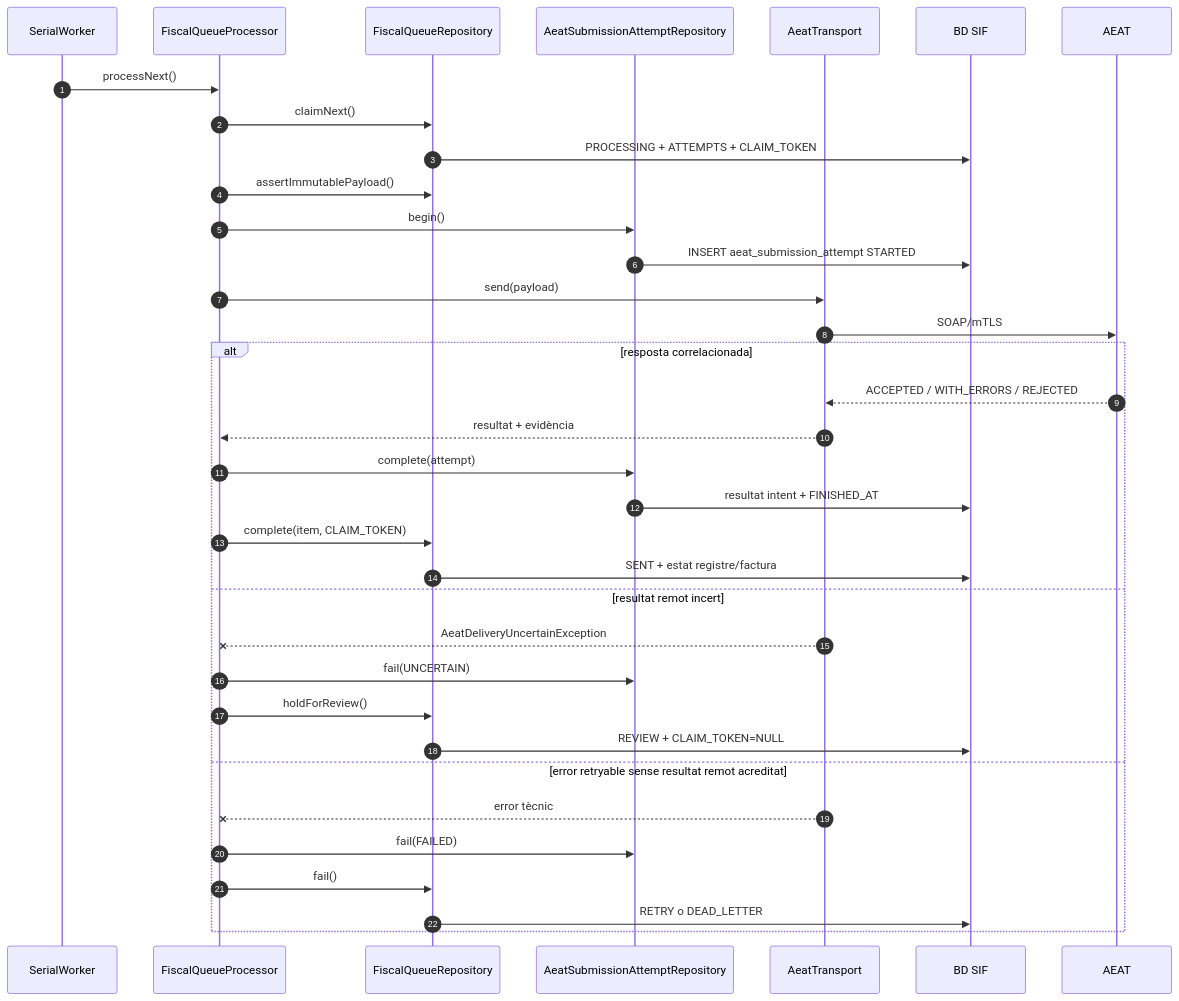
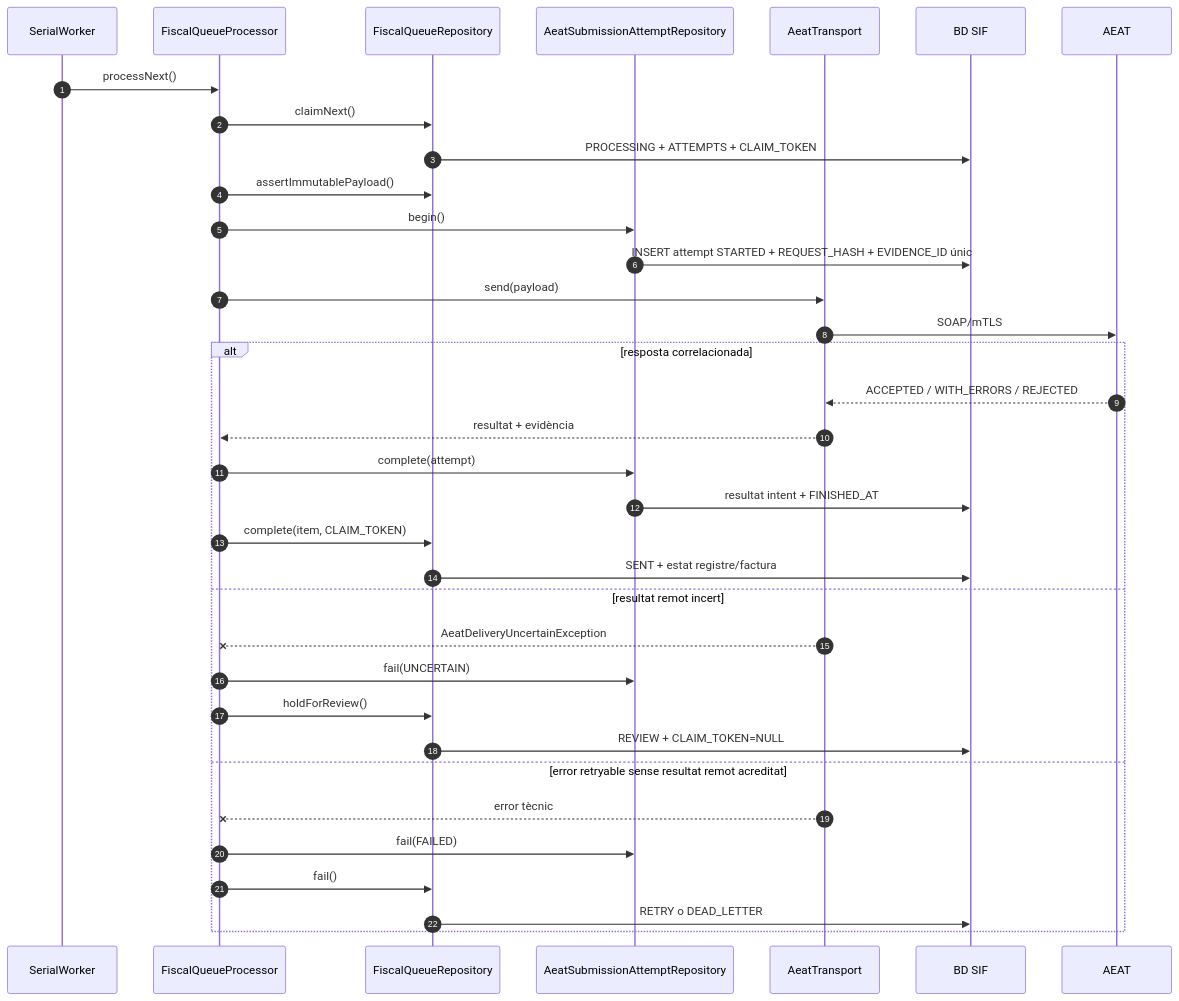
The tenth of 10 diagrams in documentacio/07-uml-integrat/uc-009-remetre-registre-aeat.md (orgmeriemprismacat-del/verifactu), drawn with Mermaid before and after one commit. The commit also changed other lines of this file, not shown here.

Commit message:
docs(UC-009): reconciliar UML integrat amb evidence i autoritzacio

````diff
--- a/documentacio/07-uml-integrat/uc-009-remetre-registre-aeat.md
+++ b/documentacio/07-uml-integrat/uc-009-remetre-registre-aeat.md
@@ -368,38 +368,38 @@
 ```mermaid
 sequenceDiagram
 autonumber
 participant W as SerialWorker
 participant P as FiscalQueueProcessor
 participant Q as FiscalQueueRepository
 participant A as AeatSubmissionAttemptRepository
 participant T as AeatTransport
 participant DB as BD SIF
 participant X as AEAT
 
 W->>P: processNext()
 P->>Q: claimNext()
 Q->>DB: PROCESSING + ATTEMPTS + CLAIM_TOKEN
 P->>Q: assertImmutablePayload()
 P->>A: begin()
-A->>DB: INSERT aeat_submission_attempt STARTED
+A->>DB: INSERT attempt STARTED + REQUEST_HASH + EVIDENCE_ID únic
 P->>T: send(payload)
 T->>X: SOAP/mTLS
 alt resposta correlacionada
   X-->>T: ACCEPTED / WITH_ERRORS / REJECTED
   T-->>P: resultat + evidència
   P->>A: complete(attempt)
   A->>DB: resultat intent + FINISHED_AT
   P->>Q: complete(item, CLAIM_TOKEN)
   Q->>DB: SENT + estat registre/factura
 else resultat remot incert
   T--xP: AeatDeliveryUncertainException
   P->>A: fail(UNCERTAIN)
   P->>Q: holdForReview()
   Q->>DB: REVIEW + CLAIM_TOKEN=NULL
 else error retryable sense resultat remot acreditat
   T--xP: error tècnic
   P->>A: fail(FAILED)
   P->>Q: fail()
   Q->>DB: RETRY o DEAD_LETTER
 end
 ```
````
